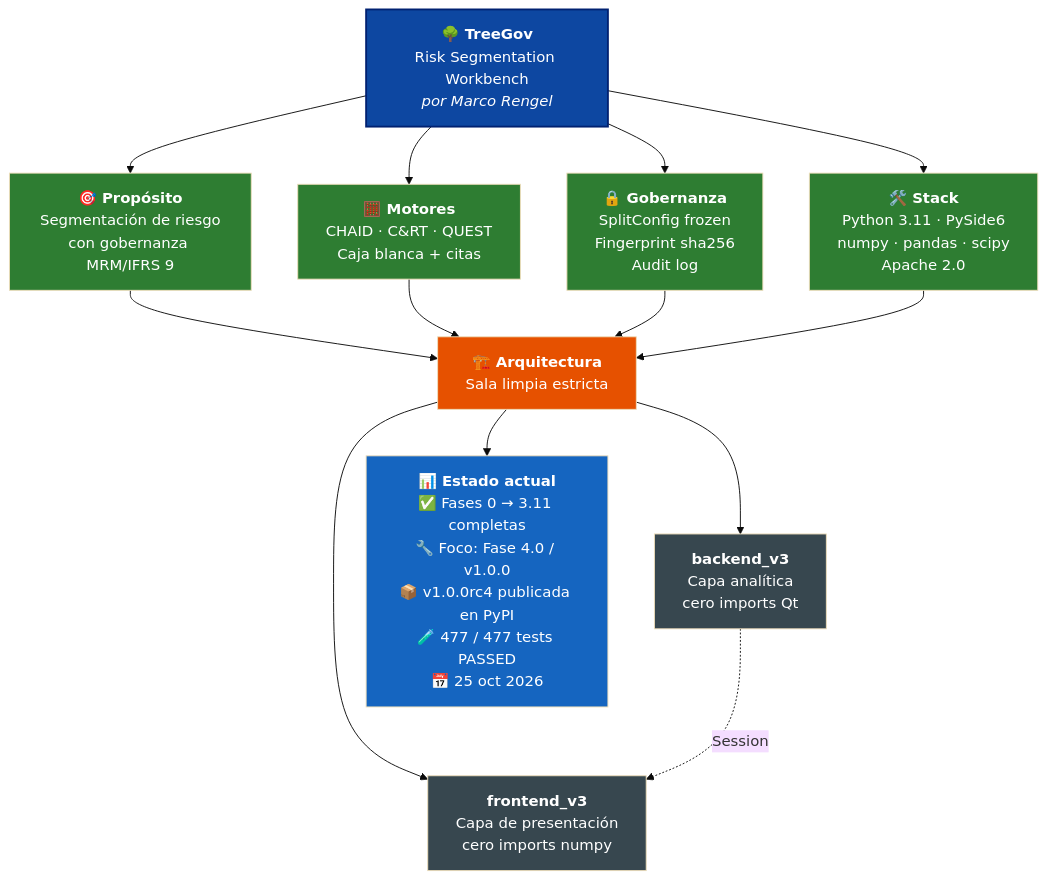
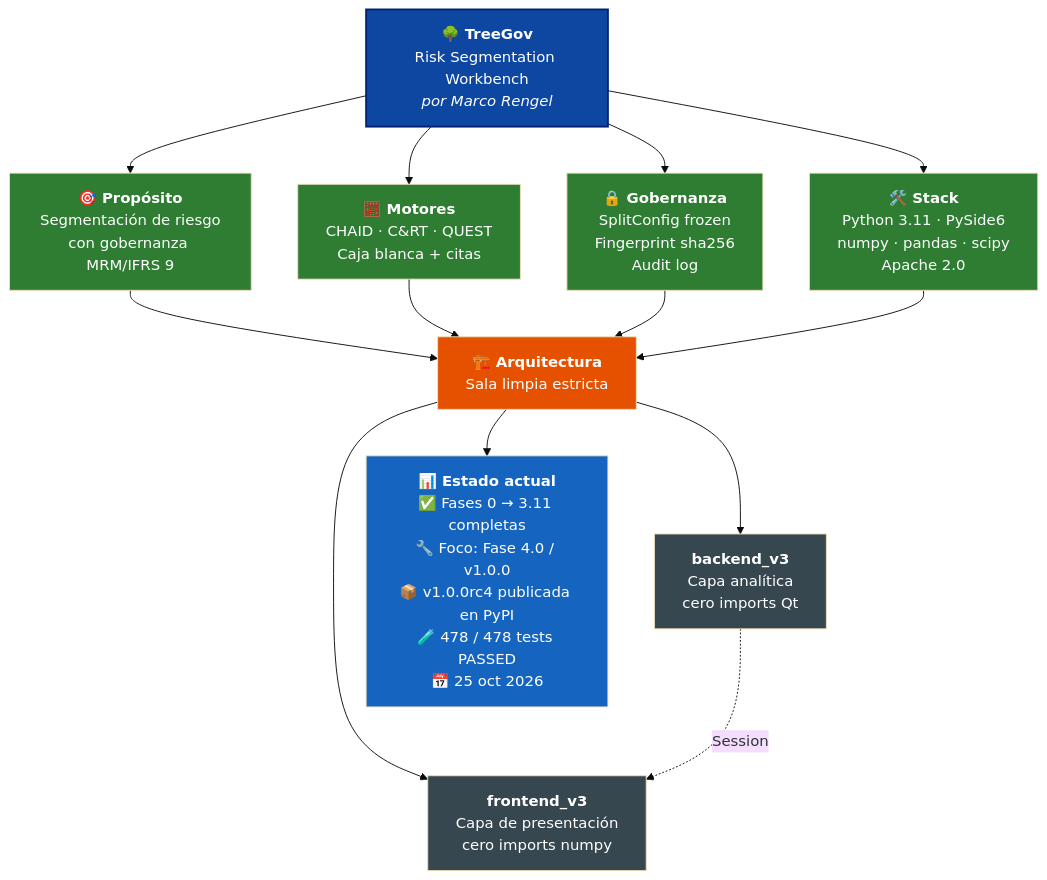
Before and after one commit to Marco-Rengel/treegov: the diagram in README.es.md, drawn with Mermaid (base theme). The commit also changed other lines of this file and 7 other files, not shown here.

````diff
--- a/README.es.md
+++ b/README.es.md
@@ -38,31 +38,31 @@
 ```mermaid
 flowchart TB
     TG["<b>🌳 TreeGov</b><br/>Risk Segmentation Workbench<br/><i>por Marco Rengel</i>"]
 
     TG --> P["<b>🎯 Propósito</b><br/>Segmentación de riesgo<br/>con gobernanza MRM/IFRS 9"]
     TG --> M["<b>🧮 Motores</b><br/>CHAID · C&RT · QUEST<br/>Caja blanca + citas"]
     TG --> G["<b>🔒 Gobernanza</b><br/>SplitConfig frozen<br/>Fingerprint sha256<br/>Audit log"]
     TG --> S["<b>🛠️ Stack</b><br/>Python 3.11 · PySide6<br/>numpy · pandas · scipy<br/>Apache 2.0"]
 
     P --> ARQ["<b>🏗️ Arquitectura</b><br/>Sala limpia estricta"]
     M --> ARQ
     G --> ARQ
     S --> ARQ
 
     ARQ --> BE["<b>backend_v3</b><br/>Capa analítica<br/>cero imports Qt"]
     ARQ --> FE["<b>frontend_v3</b><br/>Capa de presentación<br/>cero imports numpy"]
 
     BE -.->|Session| FE
 
-    ARQ --> ST["<b>📊 Estado actual</b><br/>✅ Fases 0 → 3.11 completas<br/>🔧 Foco: Fase 4.0 / v1.0.0<br/>📦 v1.0.0rc4 publicada en PyPI<br/>🧪 477 / 477 tests PASSED<br/>📅 25 oct 2026"]
+    ARQ --> ST["<b>📊 Estado actual</b><br/>✅ Fases 0 → 3.11 completas<br/>🔧 Foco: Fase 4.0 / v1.0.0<br/>📦 v1.0.0rc4 publicada en PyPI<br/>🧪 478 / 478 tests PASSED<br/>📅 25 oct 2026"]
 
     style TG fill:#0D47A1,color:#fff,stroke:#002171,stroke-width:2px
     style P fill:#2E7D32,color:#fff
     style M fill:#2E7D32,color:#fff
     style G fill:#2E7D32,color:#fff
     style S fill:#2E7D32,color:#fff
     style ARQ fill:#E65100,color:#fff
     style BE fill:#37474F,color:#fff
     style FE fill:#37474F,color:#fff
     style ST fill:#1565C0,color:#fff
 ```
````
